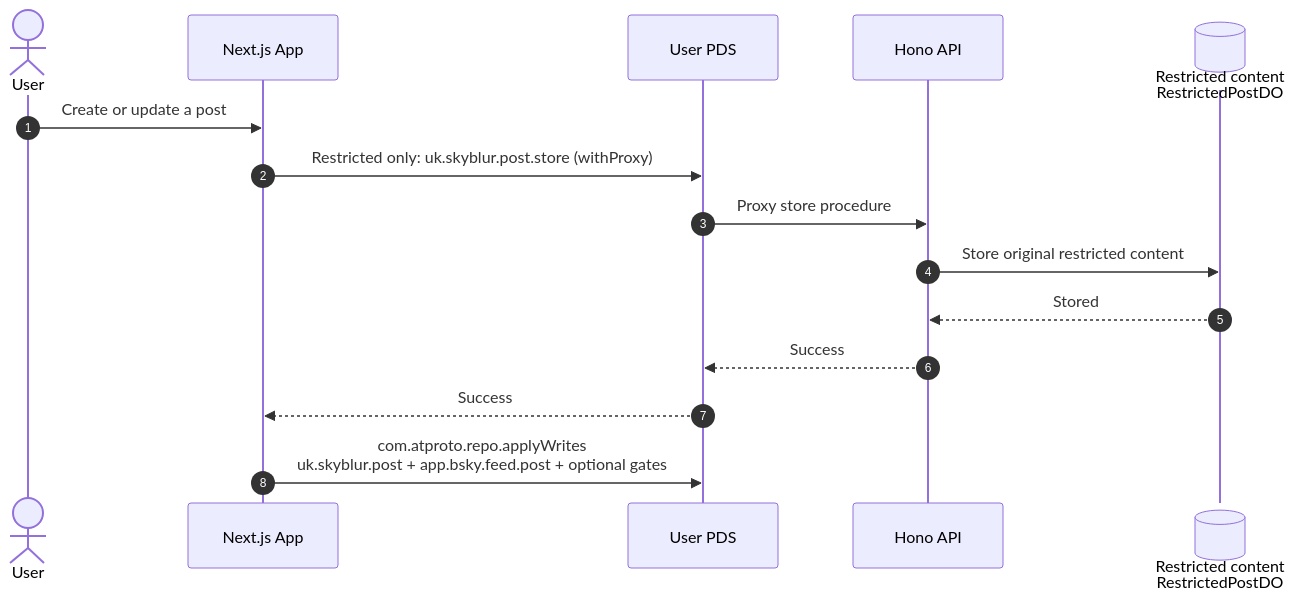
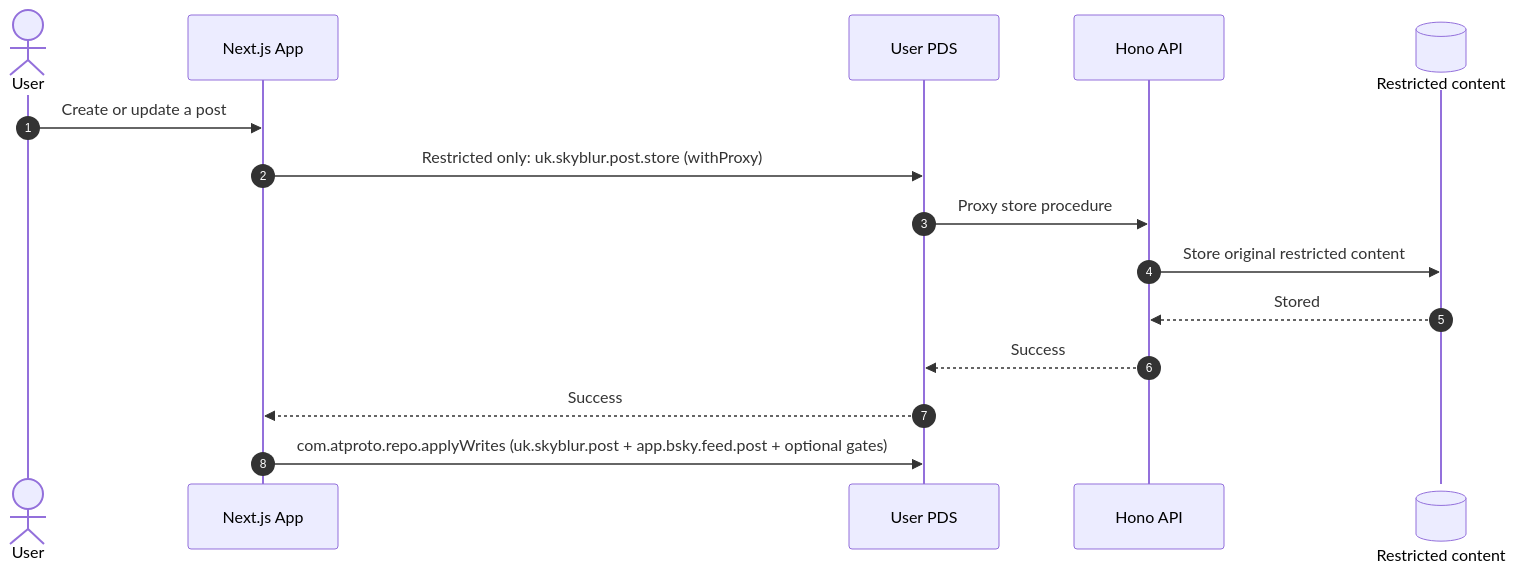
One commit to usounds/Skyblur changed the second of 4 diagrams in README.md. Above: the diagram before and after it, drawn with Mermaid. The commit also changed other lines of this file and 2 other files, not shown here.

````diff
--- a/README.md
+++ b/README.md
@@ -44,18 +44,18 @@
 ```mermaid
 sequenceDiagram
     autonumber
     actor User
     participant App as Next.js App
     participant PDS as User PDS
     participant API as Hono API
-    participant RestrictedDB@{ "type": "database" } as Restricted content<br/>RestrictedPostDO
+    participant RestrictedDB@{ "type": "database" } as Restricted content
 
     User->>App: Create or update a post
     App->>PDS: Restricted only: uk.skyblur.post.store (withProxy)
     PDS->>API: Proxy store procedure
     API->>RestrictedDB: Store original restricted content
     RestrictedDB-->>API: Stored
     API-->>PDS: Success
     PDS-->>App: Success
-    App->>PDS: com.atproto.repo.applyWrites<br/>uk.skyblur.post + app.bsky.feed.post + optional gates
+    App->>PDS: com.atproto.repo.applyWrites (uk.skyblur.post + app.bsky.feed.post + optional gates)
 ```
````
